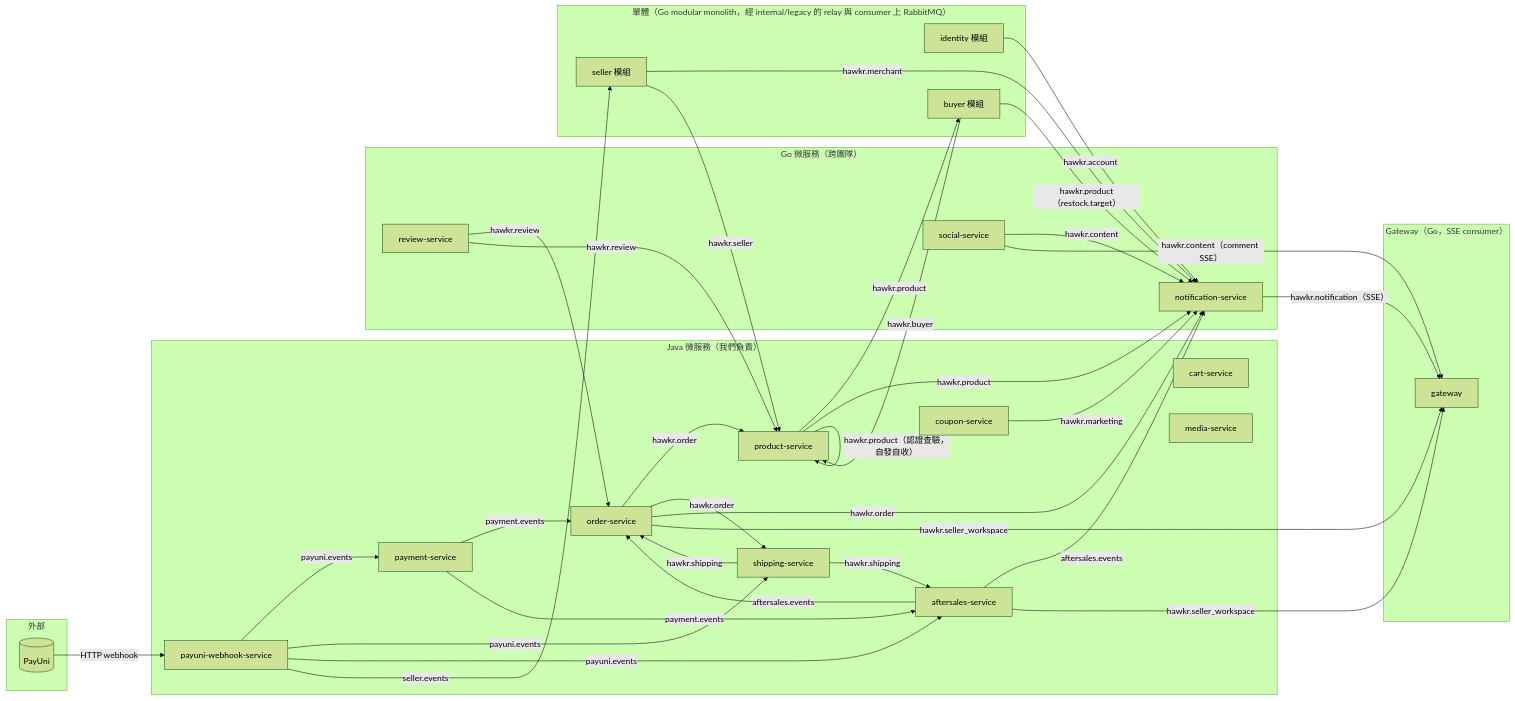
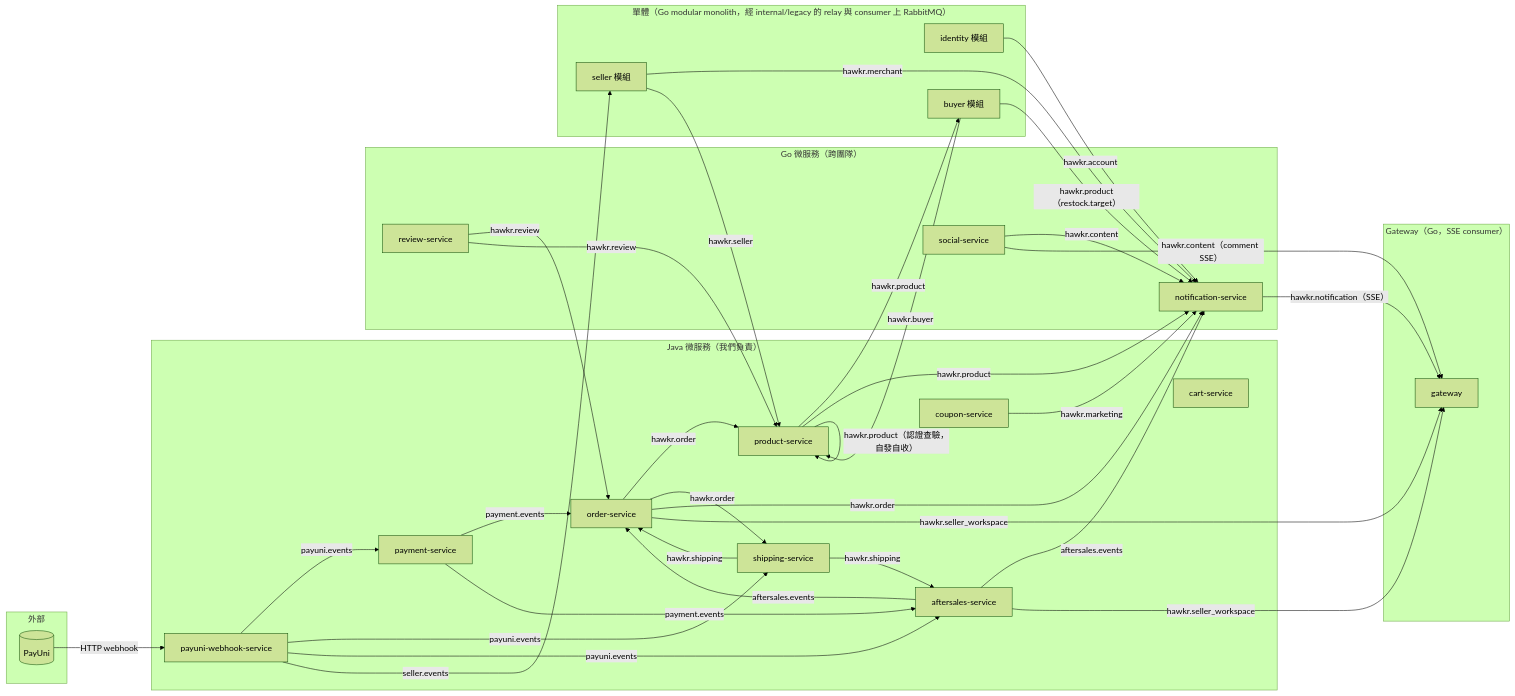
The first of 2 diagrams in backend/docs/詳細設計書/36-MQ 與事件總覽（MQ & Event Catalog）.md (Will413028/hawkr), drawn with Mermaid (forest theme) before and after one commit. The commit also changed other lines of this file and 37 other files, not shown here.

````diff
--- a/backend/docs/詳細設計書/36-MQ 與事件總覽（MQ & Event Catalog）.md
+++ b/backend/docs/詳細設計書/36-MQ 與事件總覽（MQ & Event Catalog）.md
@@ -44,75 +44,74 @@
 ```mermaid
 flowchart LR
     subgraph "Java 微服務（我們負責）"
         Order[order-service]
         Payment[payment-service]
         Shipping[shipping-service]
         AfterSales[aftersales-service]
         Product[product-service]
         Coupon[coupon-service]
         Webhook[payuni-webhook-service]
         Cart[cart-service]
-        Media[media-service]
     end
 
     subgraph "Gateway（Go，SSE consumer）"
         GW[gateway]
     end
 
     subgraph "Go 微服務（跨團隊）"
         Review[review-service]
         Social[social-service]
         Notification[notification-service]
     end
 
     subgraph "單體（Go modular monolith，經 internal/legacy 的 relay 與 consumer 上 RabbitMQ）"
         Seller[seller 模組]
         Account[identity 模組]
         Buyer[buyer 模組]
     end
 
     subgraph "外部"
         PayUni[(PayUni)]
     end
 
     PayUni -- HTTP webhook --> Webhook
     Webhook -- payuni.events --> Payment
     Webhook -- payuni.events --> Shipping
     Webhook -- payuni.events --> AfterSales
     Webhook -- seller.events --> Seller
 
     Order -- hawkr.order --> Product
     Order -- hawkr.order --> Shipping
     Order -- hawkr.order --> Notification
 
     Payment -- payment.events --> Order
     Payment -- payment.events --> AfterSales
 
     Shipping -- hawkr.shipping --> Order
     Shipping -- hawkr.shipping --> AfterSales
 
     AfterSales -- aftersales.events --> Order
     AfterSales -- aftersales.events --> Notification
 
     Coupon -- hawkr.marketing --> Notification
 
     Review -- hawkr.review --> Order
     Review -- hawkr.review --> Product
 
     Seller -- hawkr.merchant --> Notification
 
     Social -- hawkr.content --> Notification
 
     Product -- hawkr.product --> Buyer
     Buyer -- hawkr.product（restock.target） --> Notification
     Buyer -- hawkr.buyer --> Product
     Account -- hawkr.account --> Notification
     Seller -- hawkr.seller --> Product
     Product -- hawkr.product --> Notification
     Product -- hawkr.product（認證查驗，自發自收） --> Product
 
     Order -- hawkr.seller_workspace --> GW
     AfterSales -- hawkr.seller_workspace --> GW
     Social -- hawkr.content（comment SSE） --> GW
     Notification -- hawkr.notification（SSE） --> GW
 ```
````
